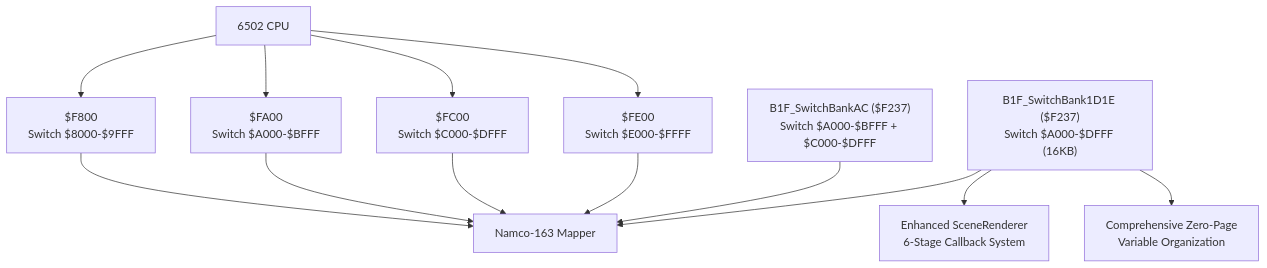
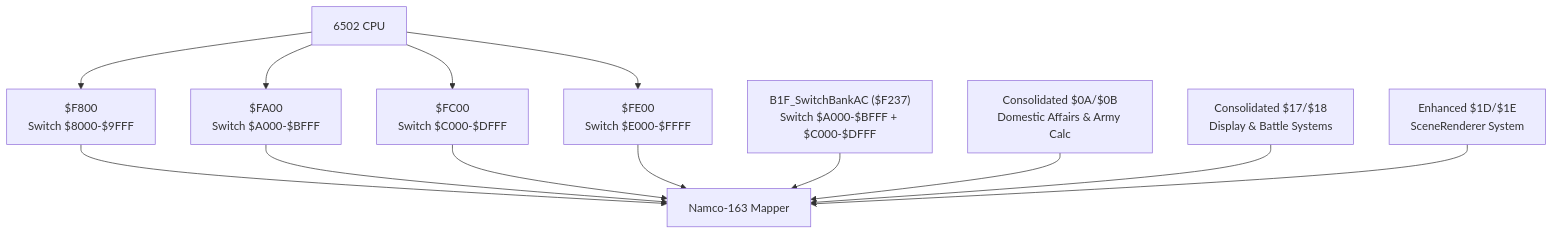
Before and after one commit to rabbyzero/sango2dasm: the second of 3 diagrams in .qoder/repowiki/en/content/Assembly Architecture/Bank Organization and Memory Layout.md, drawn with Mermaid. The commit also changed other lines of this file and 31 other files, not shown here.

````diff
--- a/.qoder/repowiki/en/content/Assembly Architecture/Bank Organization and Memory Layout.md
+++ b/.qoder/repowiki/en/content/Assembly Architecture/Bank Organization and Memory Layout.md
@@ -120,25 +128,25 @@
 ```mermaid
 graph TB
 CPU["6502 CPU"]
 MAPPER["Namco-163 Mapper"]
 REG8000["$F800<br/>Switch $8000-$9FFF"]
 REGA000["$FA00<br/>Switch $A000-$BFFF"]
 REGC000["$FC00<br/>Switch $C000-$DFFF"]
 REGE000["$FE00<br/>Switch $E000-$FFFF"]
 SWITCHAC["B1F_SwitchBankAC ($F237)<br/>Switch $A000-$BFFF + $C000-$DFFF"]
-SWITCH1D1E["B1F_SwitchBank1D1E ($F237)<br/>Switch $A000-$DFFF (16KB)"]
-SCENERENDER["Enhanced SceneRenderer<br/>6-Stage Callback System"]
-ZEROPAGE["Comprehensive Zero-Page<br/>Variable Organization"]
+SWITCH0A0B["Consolidated $0A/$0B<br/>Domestic Affairs & Army Calc"]
+SWITCH1718["Consolidated $17/$18<br/>Display & Battle Systems"]
+SWITCH1D1E["Enhanced $1D/$1E<br/>SceneRenderer System"]
 CPU --> REG8000
 CPU --> REGA000
 CPU --> REGC000
 CPU --> REGE000
 REG8000 --> MAPPER
 REGA000 --> MAPPER
 REGC000 --> MAPPER
 REGE000 --> MAPPER
 SWITCHAC --> MAPPER
+SWITCH0A0B --> MAPPER
+SWITCH1718 --> MAPPER
 SWITCH1D1E --> MAPPER
-SWITCH1D1E --> SCENERENDER
-SWITCH1D1E --> ZEROPAGE
 ```
````
